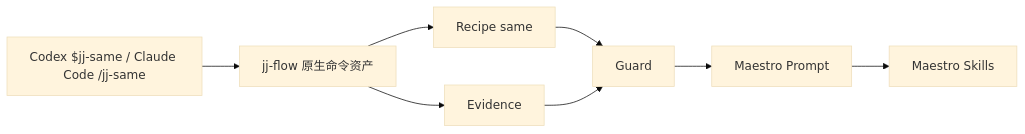
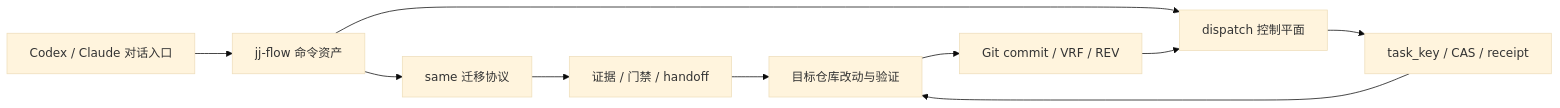
The first of 2 diagrams in docs/architecture.md (beerui/jj-flow), drawn with Mermaid (base theme) before and after one commit. The commit also changed other lines of this file and 16 other files, not shown here.

````diff
--- a/docs/architecture.md
+++ b/docs/architecture.md
@@ -9,10 +11,12 @@
 ```mermaid
 flowchart LR
-  A[Codex $jj-same / Claude Code /jj-same] --> B[jj-flow 原生命令资产]
-  B --> C[Recipe same]
-  B --> D[Evidence]
-  C --> E[Guard]
-  D --> E
-  E --> F[Maestro Prompt]
-  F --> G[Maestro Skills]
+  A[Codex / Claude 对话入口] --> B[jj-flow 命令资产]
+  B --> C[same 迁移协议]
+  B --> D[dispatch 控制平面]
+  C --> E[证据 / 门禁 / handoff]
+  D --> F[task_key / CAS / receipt]
+  E --> G[目标仓库改动与验证]
+  F --> G
+  G --> H[Git commit / VRF / REV]
+  H --> D
 ```
````
